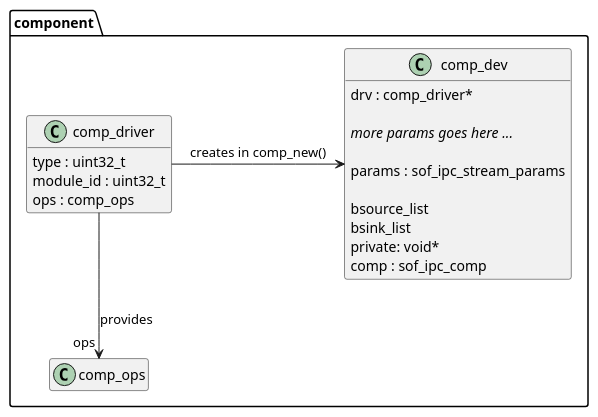
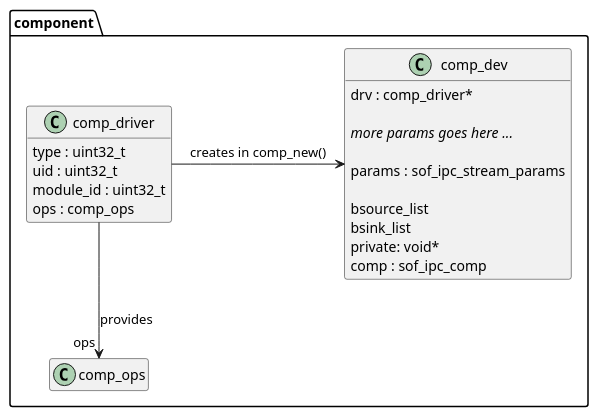
Before and after one commit to thesofproject/sof-docs: the diagram in developer_guides/firmware/components/images/comp-driver.pu, drawn with PlantUML. The commit also changed 3 other files, not shown here.

```diff
--- a/developer_guides/firmware/components/images/comp-driver.pu
+++ b/developer_guides/firmware/components/images/comp-driver.pu
@@ -1,31 +1,32 @@
 package component {
 
    class comp_driver {
    	type : uint32_t
+	uid : uint32_t
    	module_id : uint32_t
    	ops : comp_ops
    }
    hide comp_driver methods
 
    class comp_ops
    hide comp_ops methods
    hide comp_ops attributes
 
    class comp_dev {
    	drv : comp_driver*
 
    	<i>more params goes here ...</i>
 
    	params : sof_ipc_stream_params
 
    	bsource_list
    	bsink_list
    	private: void*
    	comp : sof_ipc_comp
    }
    hide comp_dev methods
 
    comp_driver --> "ops" comp_ops : provides
 
    comp_driver -> comp_dev : creates in comp_new()
 }
```
